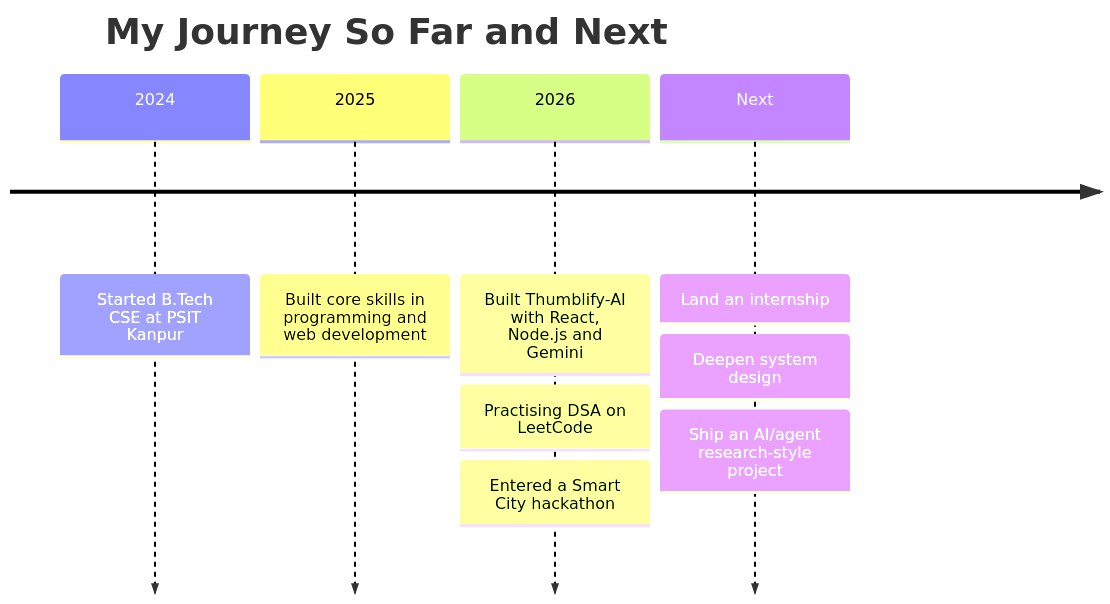
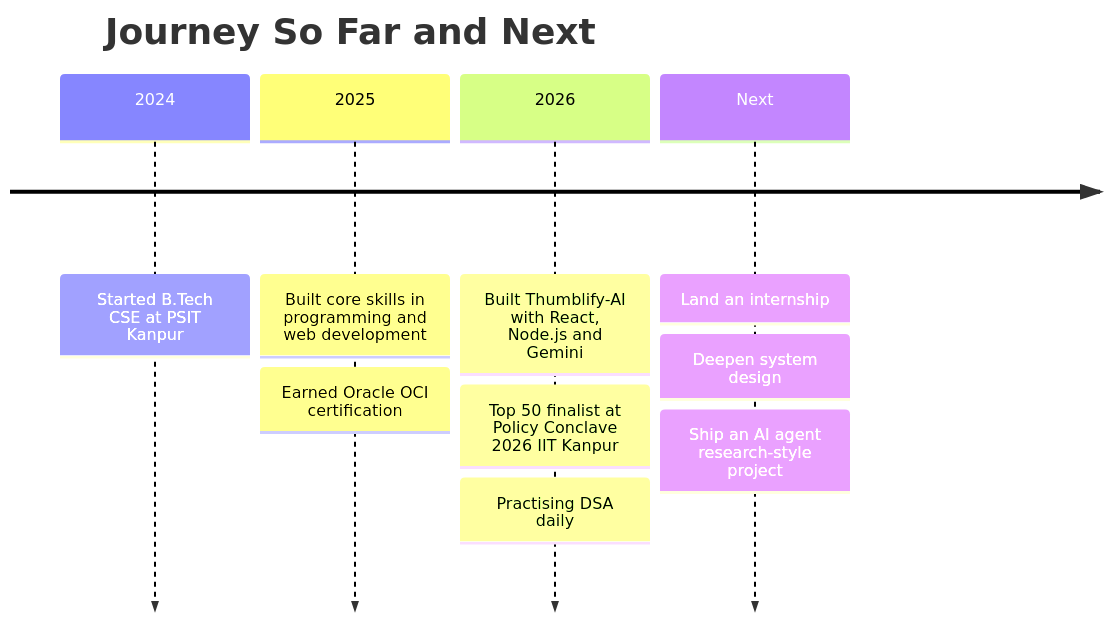
Before and after one commit to ayush91dubey/ayush91dubey: the second of 2 diagrams in README.md, drawn with Mermaid. The commit also changed other lines of this file, not shown here.

````diff
--- a/README.md
+++ b/README.md
@@ -139,12 +166,13 @@
 ```mermaid
 timeline
-    title My Journey So Far and Next
+    title Journey So Far and Next
     2024 : Started B.Tech CSE at PSIT Kanpur
     2025 : Built core skills in programming and web development
+         : Earned Oracle OCI certification
     2026 : Built Thumblify-AI with React, Node.js and Gemini
-         : Practising DSA on LeetCode
-         : Entered a Smart City hackathon
+         : Top 50 finalist at Policy Conclave 2026 IIT Kanpur
+         : Practising DSA daily
     Next : Land an internship
          : Deepen system design
-         : Ship an AI/agent research-style project
+         : Ship an AI agent research-style project
 ```
````
